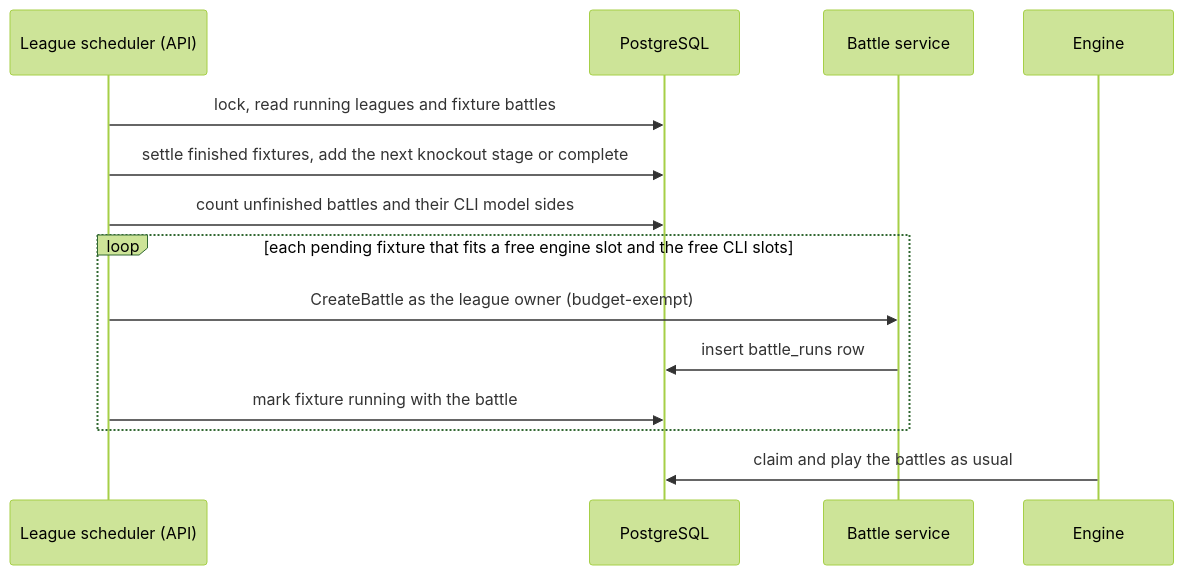
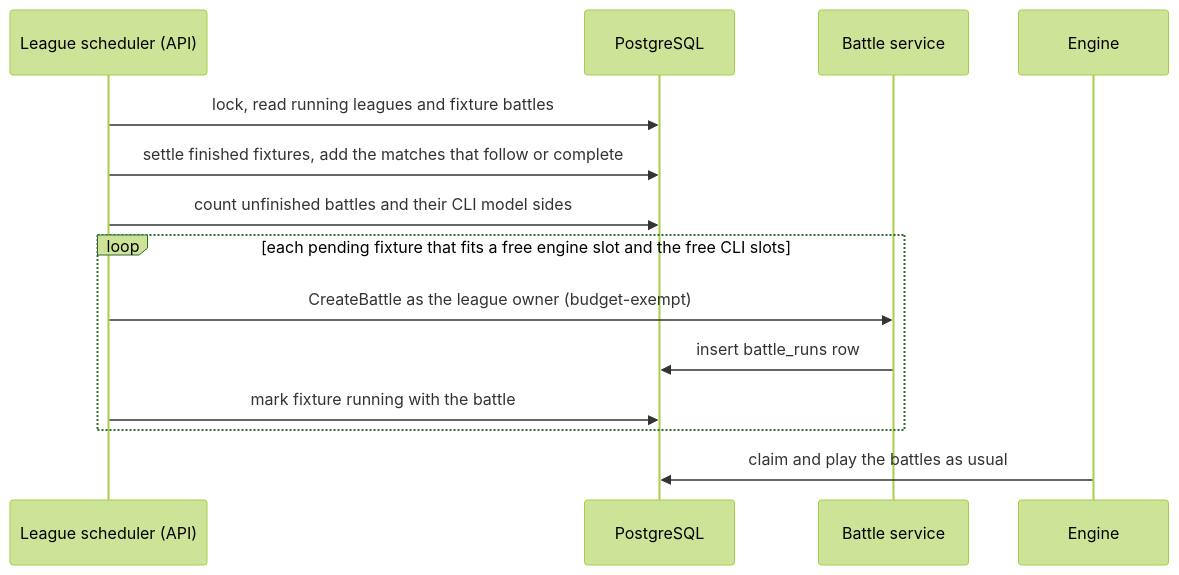
Before and after one commit to twhAuto/autonomous_battlefield: the fourth of 4 diagrams in docs/architecture/system-architecture.md, drawn with Mermaid (forest theme). The commit also changed other lines of this file and 24 other files, not shown here.

````diff
--- a/docs/architecture/system-architecture.md
+++ b/docs/architecture/system-architecture.md
@@ -384,16 +384,16 @@
 ```mermaid
 sequenceDiagram
     participant S as League scheduler (API)
     participant DB as PostgreSQL
     participant B as Battle service
     participant E as Engine
     S->>DB: lock, read running leagues and fixture battles
-    S->>DB: settle finished fixtures, add the next knockout stage or complete
+    S->>DB: settle finished fixtures, add the matches that follow or complete
     S->>DB: count unfinished battles and their CLI model sides
     loop each pending fixture that fits a free engine slot and the free CLI slots
         S->>B: CreateBattle as the league owner (budget-exempt)
         B->>DB: insert battle_runs row
         S->>DB: mark fixture running with the battle
     end
     E->>DB: claim and play the battles as usual
 ```
````
